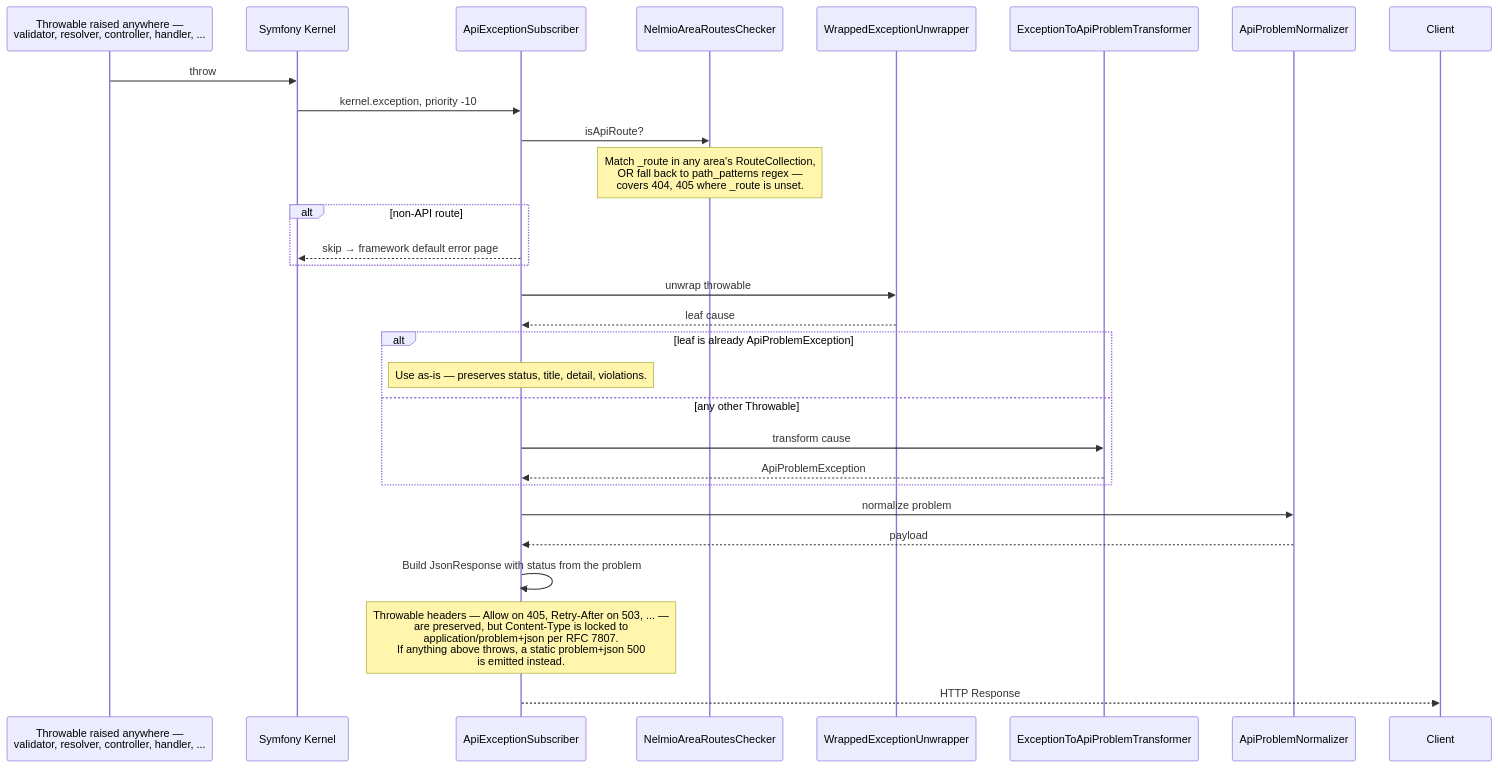
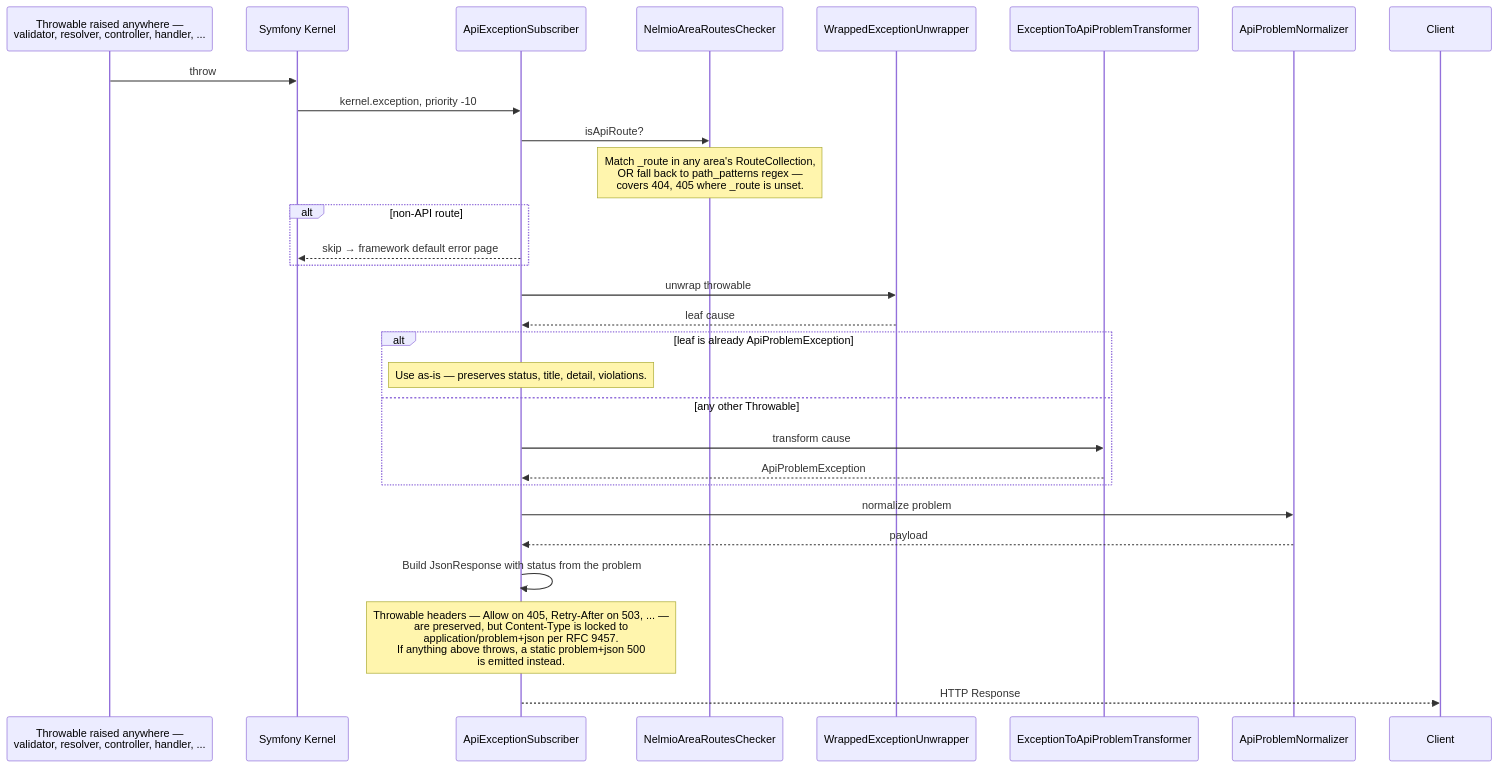
One commit to stixx/openapi-command-bundle changed the second of 2 diagrams in docs/command-routing.md. Above: the diagram before and after it, drawn with Mermaid. The commit also changed other lines of this file and 29 other files, not shown here.

First line of the commit message:
Write problem responses from the ProblemDetails model they are documented with

````diff
--- a/docs/command-routing.md
+++ b/docs/command-routing.md
@@ -84,32 +84,32 @@
 ```mermaid
 sequenceDiagram
     participant Source as Throwable raised anywhere —<br/>validator, resolver, controller, handler, ...
     participant Kernel as Symfony Kernel
     participant ExSub as ApiExceptionSubscriber
     participant Areas as NelmioAreaRoutesChecker
     participant Unwrap as WrappedExceptionUnwrapper
     participant Trans as ExceptionToApiProblemTransformer
     participant Norm as ApiProblemNormalizer
     participant Client
 
     Source->>Kernel: throw
     Kernel->>ExSub: kernel.exception, priority -10
     ExSub->>Areas: isApiRoute?
     Note over Areas: Match _route in any area's RouteCollection,<br/>OR fall back to path_patterns regex —<br/>covers 404, 405 where _route is unset.
     alt non-API route
         ExSub-->>Kernel: skip → framework default error page
     end
     ExSub->>Unwrap: unwrap throwable
     Unwrap-->>ExSub: leaf cause
     alt leaf is already ApiProblemException
         Note over ExSub: Use as-is — preserves status, title, detail, violations.
     else any other Throwable
         ExSub->>Trans: transform cause
         Trans-->>ExSub: ApiProblemException
     end
     ExSub->>Norm: normalize problem
     Norm-->>ExSub: payload
     ExSub->>ExSub: Build JsonResponse with status from the problem
-    Note over ExSub: Throwable headers — Allow on 405, Retry-After on 503, ... —<br/>are preserved, but Content-Type is locked to<br/>application/problem+json per RFC 7807.<br/>If anything above throws, a static problem+json 500<br/>is emitted instead.
+    Note over ExSub: Throwable headers — Allow on 405, Retry-After on 503, ... —<br/>are preserved, but Content-Type is locked to<br/>application/problem+json per RFC 9457.<br/>If anything above throws, a static problem+json 500<br/>is emitted instead.
     ExSub-->>Client: HTTP Response
 ```
````
